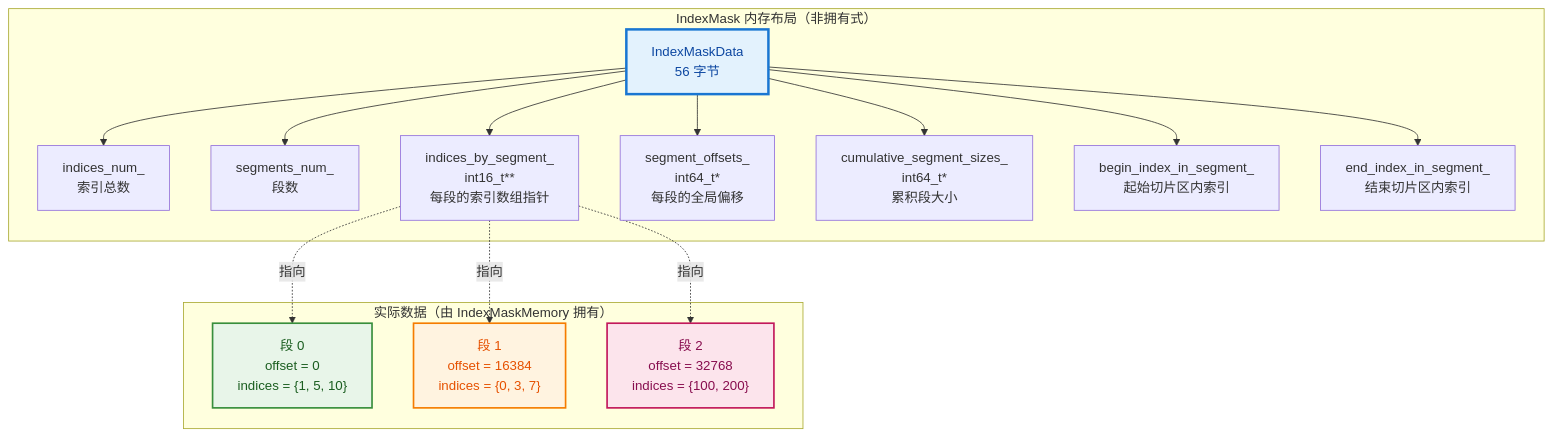
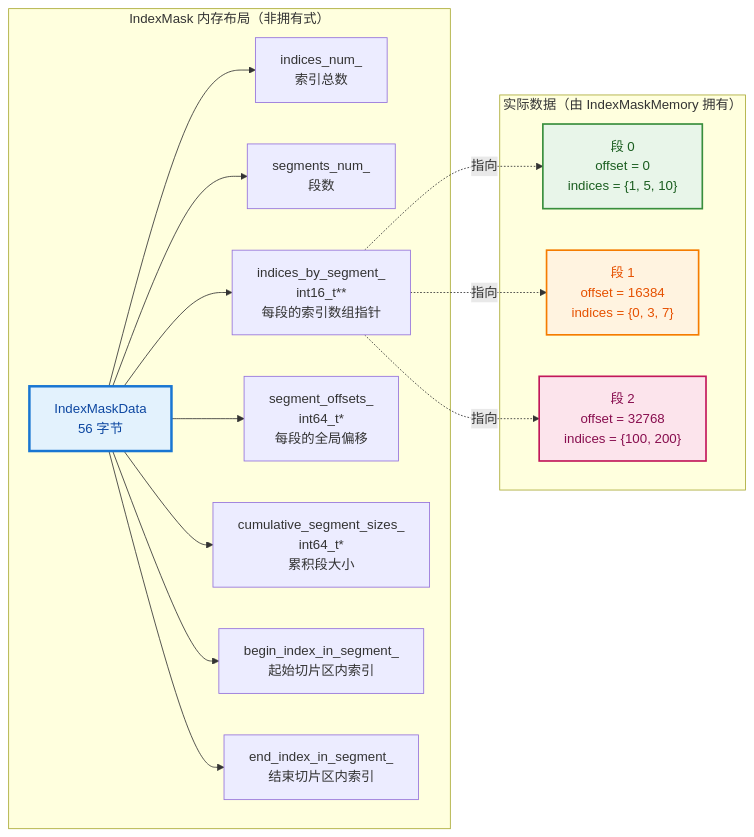
Before and after one commit to yunkezengren/blender-.vscode: the seventh of 18 diagrams in 杂/markdown/学习节点/基础库/04_IndexMask_深度解析.md, drawn with Mermaid. The commit also changed other lines of this file and 1 other file, not shown here.

````diff
--- a/杂/markdown/学习节点/基础库/04_IndexMask_深度解析.md
+++ b/杂/markdown/学习节点/基础库/04_IndexMask_深度解析.md
@@ -82,27 +346,27 @@
 ```mermaid
-flowchart TB
+flowchart LR
     subgraph IndexMask内存布局["IndexMask 内存布局（非拥有式）"]
         DATA["IndexMaskData<br/>56 字节"] --> IN["indices_num_<br/>索引总数"]
         DATA --> SN["segments_num_<br/>段数"]
         DATA --> IB["indices_by_segment_<br/>int16_t**<br/>每段的索引数组指针"]
         DATA --> SO["segment_offsets_<br/>int64_t*<br/>每段的全局偏移"]
         DATA --> CS["cumulative_segment_sizes_<br/>int64_t*<br/>累积段大小"]
         DATA --> BI["begin_index_in_segment_<br/>起始切片区内索引"]
         DATA --> EI["end_index_in_segment_<br/>结束切片区内索引"]
     end
 
     subgraph 实际数据["实际数据（由 IndexMaskMemory 拥有）"]
         S0["段 0<br/>offset = 0<br/>indices = {1, 5, 10}"]
         S1["段 1<br/>offset = 16384<br/>indices = {0, 3, 7}"]
         S2["段 2<br/>offset = 32768<br/>indices = {100, 200}"]
     end
 
     IB -.->|指向| S0
     IB -.->|指向| S1
     IB -.->|指向| S2
 
     style DATA fill:#e3f2fd,stroke:#1976d2,stroke-width:3px,color:#0d47a1
     style S0 fill:#e8f5e9,stroke:#388e3c,stroke-width:2px,color:#1b5e20
     style S1 fill:#fff3e0,stroke:#f57c00,stroke-width:2px,color:#e65100
     style S2 fill:#fce4ec,stroke:#c2185b,stroke-width:2px,color:#880e4f
 ```
````
